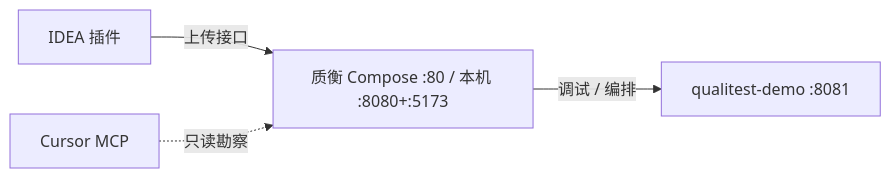
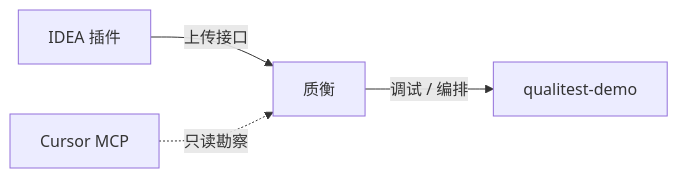
Before and after one commit to qualitest-hq/qualitest: the third of 3 diagrams in README.md, drawn with Mermaid. The commit also changed other lines of this file and 9 other files, not shown here.

````diff
--- a/README.md
+++ b/README.md
@@ -328,6 +310,6 @@
 ```mermaid
 flowchart LR
-    Plugin["IDEA 插件"] -->|上传接口| Platform["质衡 Compose :80 / 本机 :8080+:5173"]
-    Platform -->|调试 / 编排| Demo["qualitest-demo :8081"]
+    Plugin["IDEA 插件"] -->|上传接口| Platform["质衡"]
+    Platform -->|调试 / 编排| Demo["qualitest-demo"]
     Cursor["Cursor MCP"] -.->|只读勘察| Platform
 ```
````
